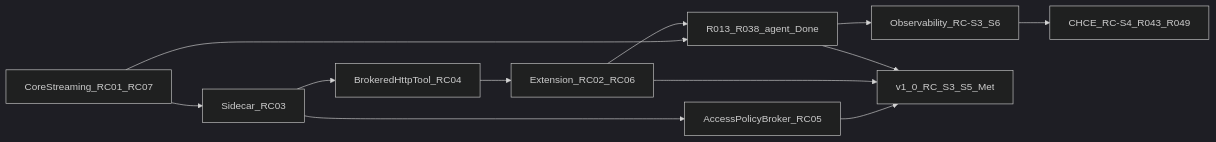
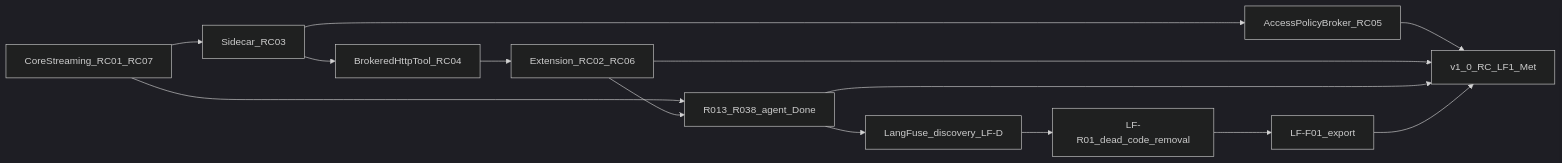
The diagram in docs/ROADMAP.md (thsfranca/rex), drawn with Mermaid (dark theme) before and after one commit. The commit also changed other lines of this file and 20 other files, not shown here.

First line of the commit message:
docs: pivot observability roadmap to LangFuse Cloud (#293)

````diff
--- a/docs/ROADMAP.md
+++ b/docs/ROADMAP.md
@@ -37,23 +38,26 @@
 ```mermaid
 flowchart LR
   core[CoreStreaming_RC01_RC07]
   side[Sidecar_RC03]
   broker[BrokeredHttpTool_RC04]
   ext[Extension_RC02_RC06]
   policyBroker[AccessPolicyBroker_RC05]
   agent[R013_R038_agent_Done]
-  obs[Observability_RC-S3_S6]
-  chce[CHCE_RC-S4_R043_R049]
-  v1[v1_0_RC_S3_S5_Met]
+  langfuseDisc[LangFuse_discovery_LF-D]
+  langfuseRm[LF-R01_dead_code_removal]
+  langfuseImpl[LF-F01_export]
+  v1[v1_0_RC_LF1_Met]
   core --> side
   side --> broker
   broker --> ext
   side --> policyBroker
   core --> agent
   ext --> agent
-  agent --> obs
-  obs --> chce
+  agent --> langfuseDisc
+  langfuseDisc --> langfuseRm
+  langfuseRm --> langfuseImpl
   policyBroker --> v1
   ext --> v1
   agent --> v1
+  langfuseImpl --> v1
 ```
````
